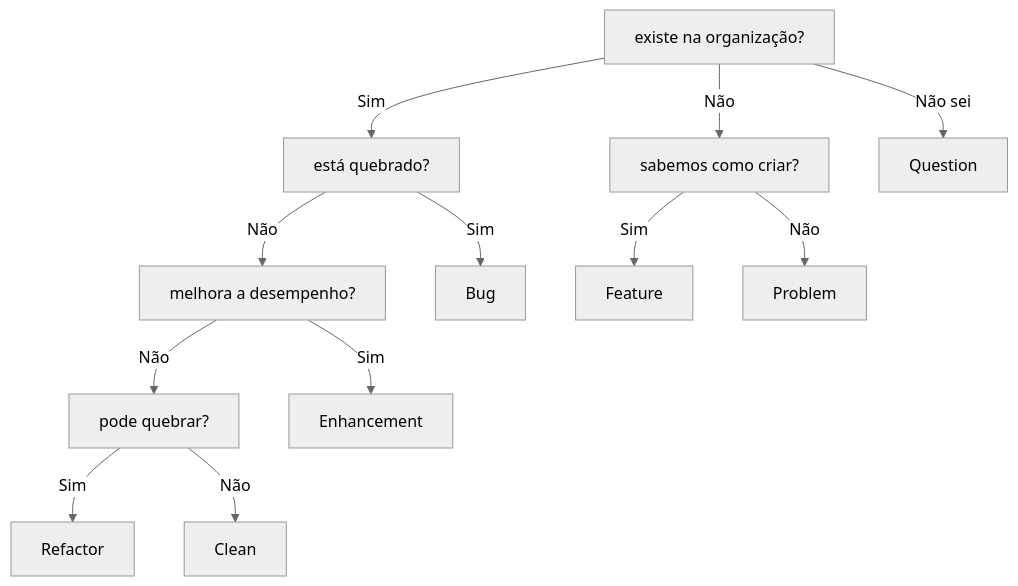
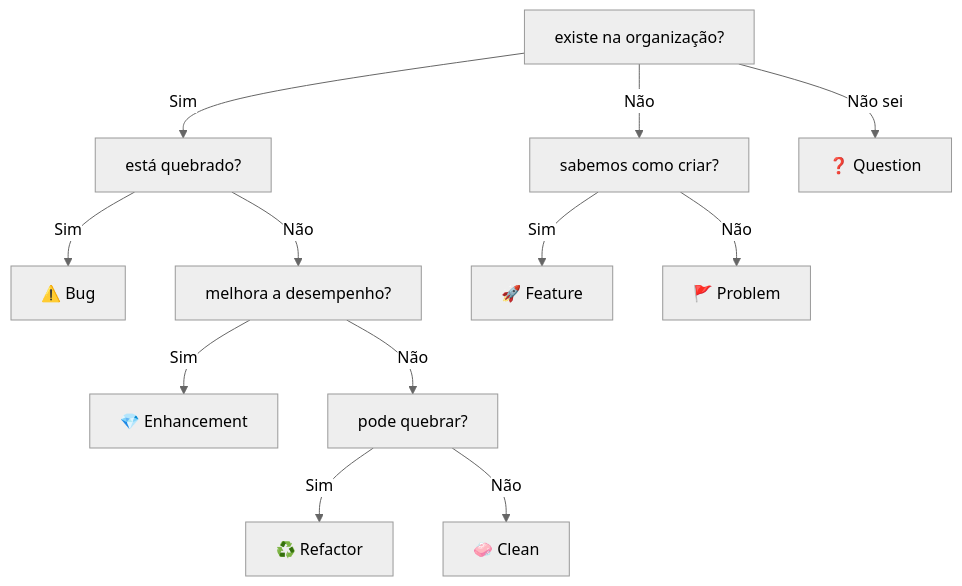
One commit to la-catalog/README changed the diagram in STYLE_GUIDE.md. Above: the diagram before and after it, drawn with Mermaid (neutral theme). The commit also changed other lines of this file, not shown here.

````diff
--- a/STYLE_GUIDE.md
+++ b/STYLE_GUIDE.md
@@ -44,24 +44,32 @@
 ```mermaid
 graph TD
+    Bug["⚠️ Bug"]
+    Enhancement["💎 Enhancement"]
+    Feature["🚀 Feature"]
+    Problem["🚩 Problem"]
+    Refactor["♻️ Refactor"]
+    Clean["🧼 Clean"]
+    Question["❓ Question"]
+
     exist[existe na organização?]
     broken[está quebrado?]
     solvable[sabemos como criar?]
     improvment[melhora a desempenho?]
     breakable[pode quebrar?]
 
     exist --> |Sim| broken
     exist --> |Não| solvable
     exist --> |Não sei| Question
 
     broken --> |Sim| Bug
     broken --> |Não| improvment
 
     improvment --> |Sim| Enhancement
     improvment --> |Não| breakable
 
     breakable --> |Sim| Refactor
     breakable --> |Não| Clean
 
     solvable --> |Sim| Feature
     solvable --> |Não| Problem
 ```
````
